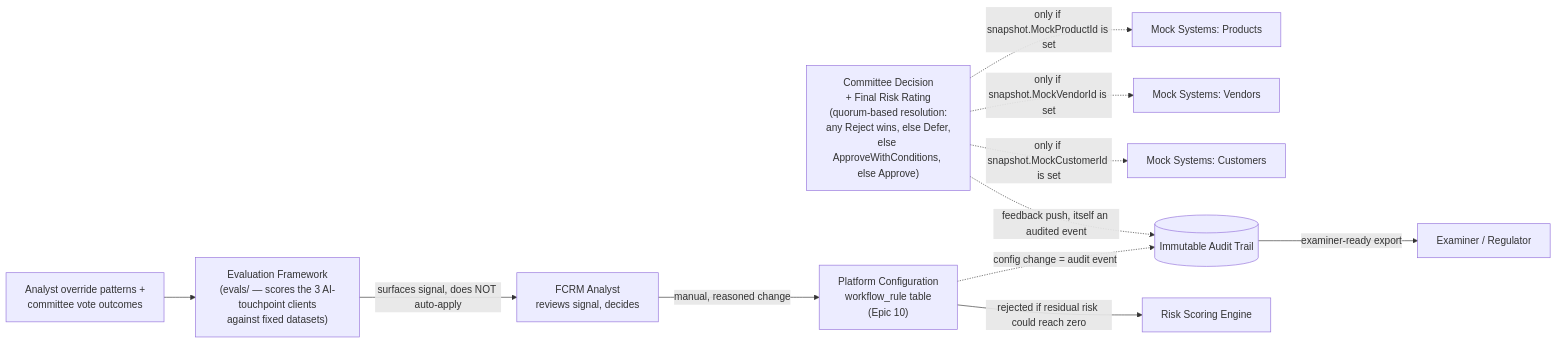
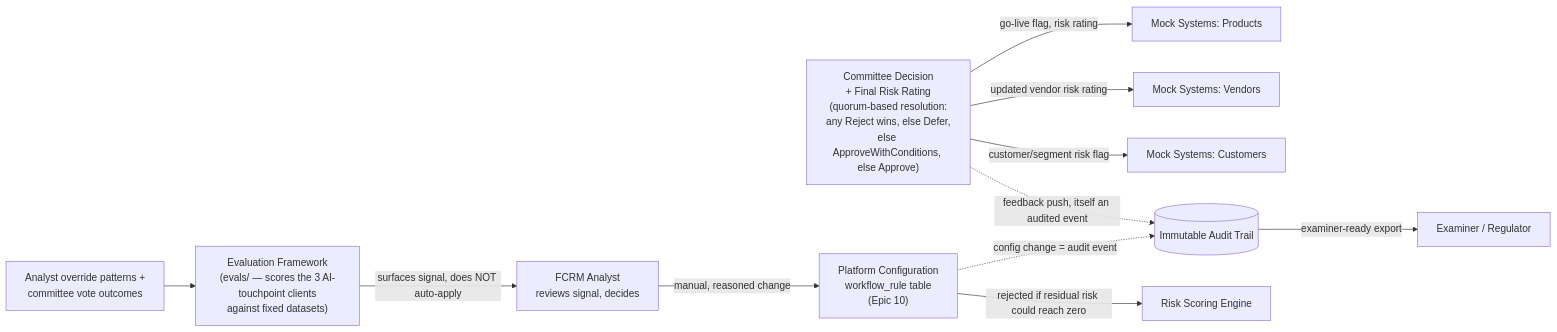
Before and after one commit to surajkoditala/humaid-risk-governance: the fifth of 5 diagrams in docs/architecture/ecosystem-diagram.md, drawn with Mermaid. The commit also changed other lines of this file, not shown here.

First line of the commit message:
Revert ecosystem diagram to Mock-Systems-as-primary intake path

````diff
--- a/docs/architecture/ecosystem-diagram.md
+++ b/docs/architecture/ecosystem-diagram.md
@@ -230,16 +209,16 @@
 ```mermaid
 flowchart LR
     DECISION["Committee Decision<br/>+ Final Risk Rating<br/>(quorum-based resolution:<br/>any Reject wins, else Defer,<br/>else ApproveWithConditions, else Approve)"]
-    DECISION -.->|only if snapshot.MockProductId is set| CBS3[Mock Systems: Products]
-    DECISION -.->|only if snapshot.MockVendorId is set| VMS3[Mock Systems: Vendors]
-    DECISION -.->|only if snapshot.MockCustomerId is set| CRM3[Mock Systems: Customers]
+    DECISION -->|go-live flag, risk rating| CBS3[Mock Systems: Products]
+    DECISION -->|updated vendor risk rating| VMS3[Mock Systems: Vendors]
+    DECISION -->|customer/segment risk flag| CRM3[Mock Systems: Customers]
     DECISION -.->|feedback push, itself an audited event| AUDIT3[("Immutable Audit Trail")]
 
     AUDIT3 -->|examiner-ready export| EXAM3[Examiner / Regulator]
 
     OVERRIDES["Analyst override patterns +<br/>committee vote outcomes"] --> EVAL["Evaluation Framework<br/>(evals/ — scores the 3 AI-touchpoint clients<br/>against fixed datasets)"]
     EVAL -->|surfaces signal, does NOT auto-apply| ANALYST["FCRM Analyst<br/>reviews signal, decides"]
     ANALYST -->|manual, reasoned change| CONFIG["Platform Configuration<br/>workflow_rule table<br/>(Epic 10)"]
     CONFIG -->|rejected if residual risk could reach zero| SCOREENGINE["Risk Scoring Engine"]
     CONFIG -.->|config change = audit event| AUDIT3
 ```
````
